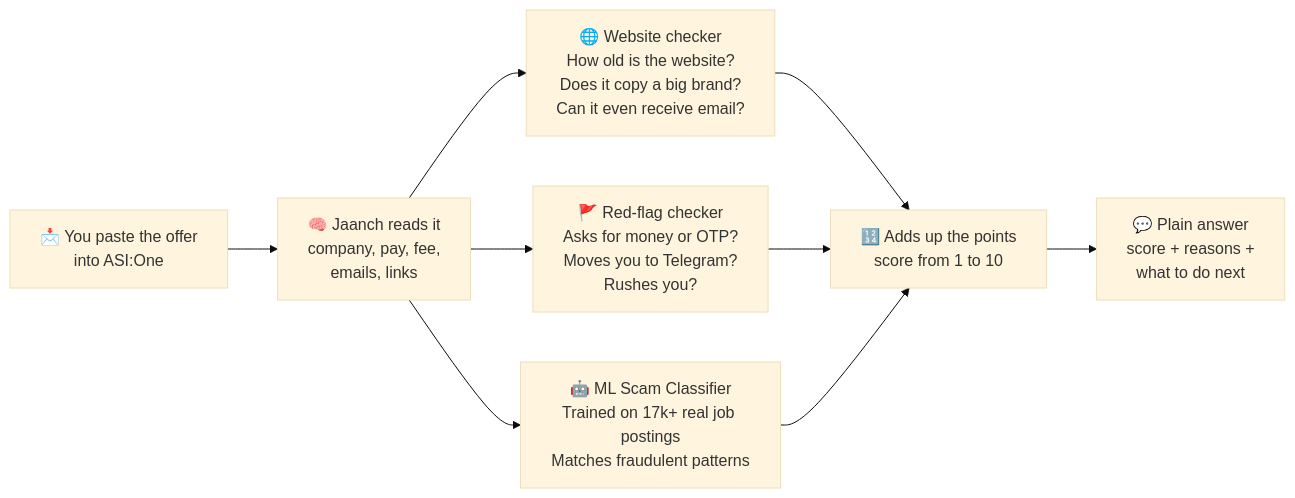
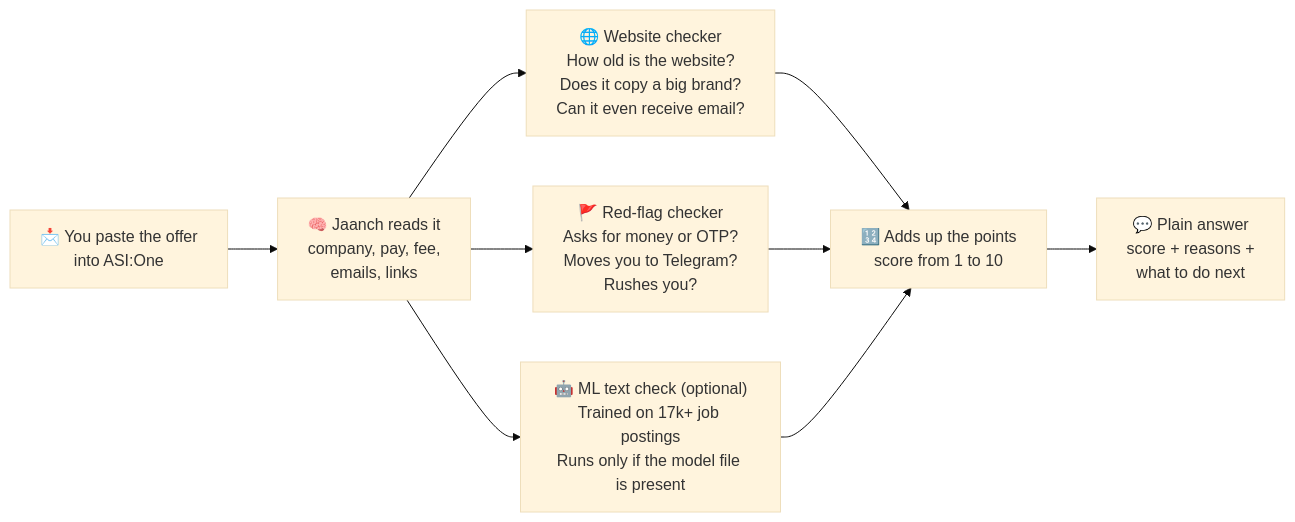
One commit to abhishekgoswami0720/jaanch changed the first of 2 diagrams in README.md. Above: the diagram before and after it, drawn with Mermaid (base theme). The commit also changed other lines of this file and 4 other files, not shown here.

First line of the commit message:
Make all tests pass on a fresh clone; say plainly the ML model file is optional

````diff
--- a/README.md
+++ b/README.md
@@ -32,11 +32,11 @@
 ```mermaid
 flowchart LR
     A["📩 You paste the offer<br/>into ASI:One"] --> B["🧠 Jaanch reads it<br/>company, pay, fee,<br/>emails, links"]
     B --> C["🌐 Website checker<br/>How old is the website?<br/>Does it copy a big brand?<br/>Can it even receive email?"]
     B --> D["🚩 Red-flag checker<br/>Asks for money or OTP?<br/>Moves you to Telegram?<br/>Rushes you?"]
-    B --> ML["🤖 ML Scam Classifier<br/>Trained on 17k+ real job postings<br/>Matches fraudulent patterns"]
+    B --> ML["🤖 ML text check (optional)<br/>Trained on 17k+ job postings<br/>Runs only if the model file is present"]
     C --> E["🔢 Adds up the points<br/>score from 1 to 10"]
     D --> E
     ML --> E
     E --> F["💬 Plain answer<br/>score + reasons +<br/>what to do next"]
 ```
````
